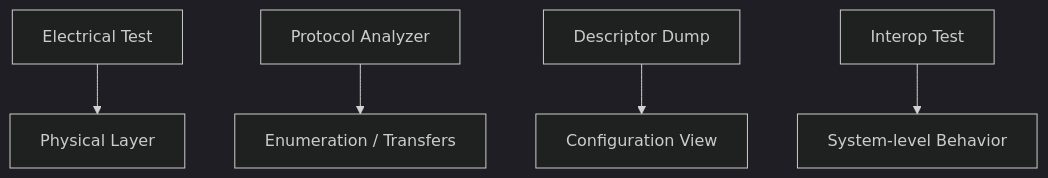
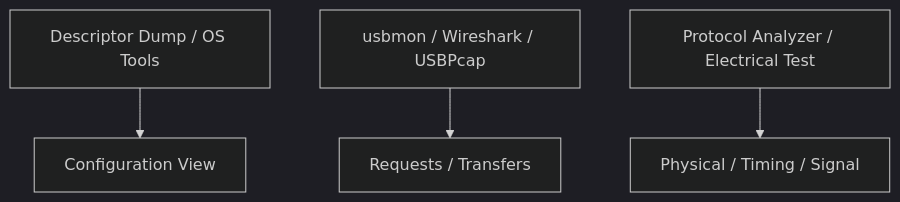
Before and after one commit to goura32/techbook: diagram 13 of 13 in books/usb-from-spec/figures-final.md, drawn with Mermaid (dark theme). The commit also changed other lines of this file and 38 other files, not shown here.

````diff
--- a/books/usb-from-spec/figures-final.md
+++ b/books/usb-from-spec/figures-final.md
@@ -137,7 +255,6 @@
 ```mermaid
 flowchart TD
-  A["Electrical Test"] --> E["Physical Layer"]
-  B["Protocol Analyzer"] --> F["Enumeration / Transfers"]
-  C["Descriptor Dump"] --> G["Configuration View"]
-  D["Interop Test"] --> H["System-level Behavior"]
+  A["Descriptor Dump / OS Tools"] --> D["Configuration View"]
+  B["usbmon / Wireshark / USBPcap"] --> E["Requests / Transfers"]
+  C["Protocol Analyzer / Electrical Test"] --> F["Physical / Timing / Signal"]
 ```
````
